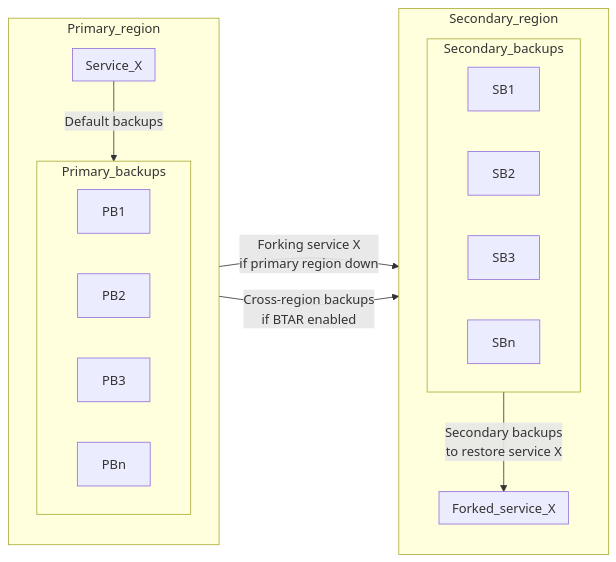
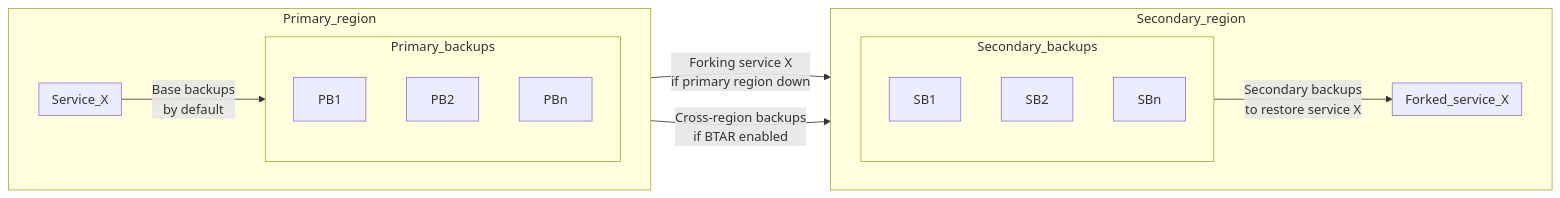
The second of 2 diagrams in docs/platform/concepts/backup-to-another-region.md (aiven/aiven-docs), drawn with Mermaid before and after one commit. The commit also changed other lines of this file, not shown here.

````diff
--- a/docs/platform/concepts/backup-to-another-region.md
+++ b/docs/platform/concepts/backup-to-another-region.md
@@ -120,31 +126,30 @@
 ```mermaid
 flowchart LR
     subgraph Primary_region
-        direction TB
-        subgraph Service_X
-            end
+        direction LR
         subgraph Primary_backups
-            direction LR
+            direction TB
             PB1
             PB2
-            PB3
             PBn
+            end
+        subgraph Service_X
             end
         end
     subgraph Secondary_region
-        direction TB
+        direction LR
         subgraph Forked_service_X
             end
         subgraph Secondary_backups
-            direction LR
+            direction TB
             SB1
             SB2
-            SB3
             SBn
             end
         end
-    Service_X -- Default backups --> Primary_backups
-    Primary_backups -- Cross-region backups<br/>if BTAR  enabled --> Secondary_backups
+    Service_X -- Base backups<br/>by default --> Primary_backups
+    Service_X -- Cross-region backups<br/>if BTAR enabled --> Secondary_backups
     Secondary_backups -- Secondary backups<br/>to restore service X --> Forked_service_X
     Service_X -- Forking service X<br/>if primary region down --> Forked_service_X
+
 ```
````
